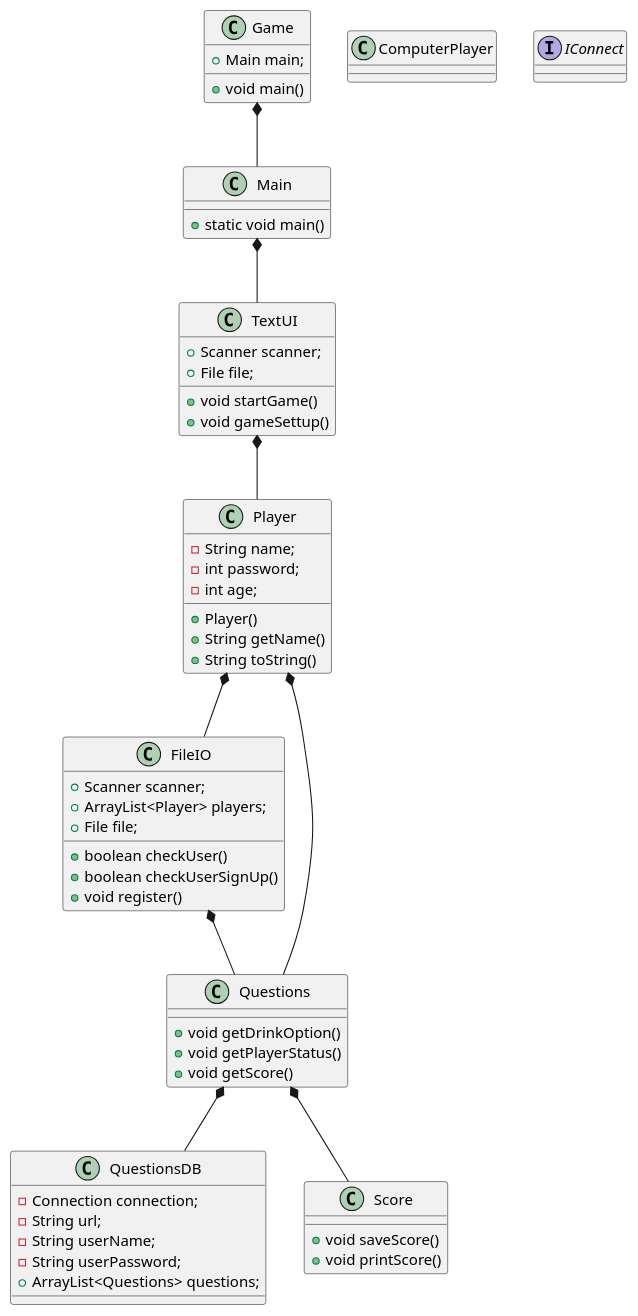
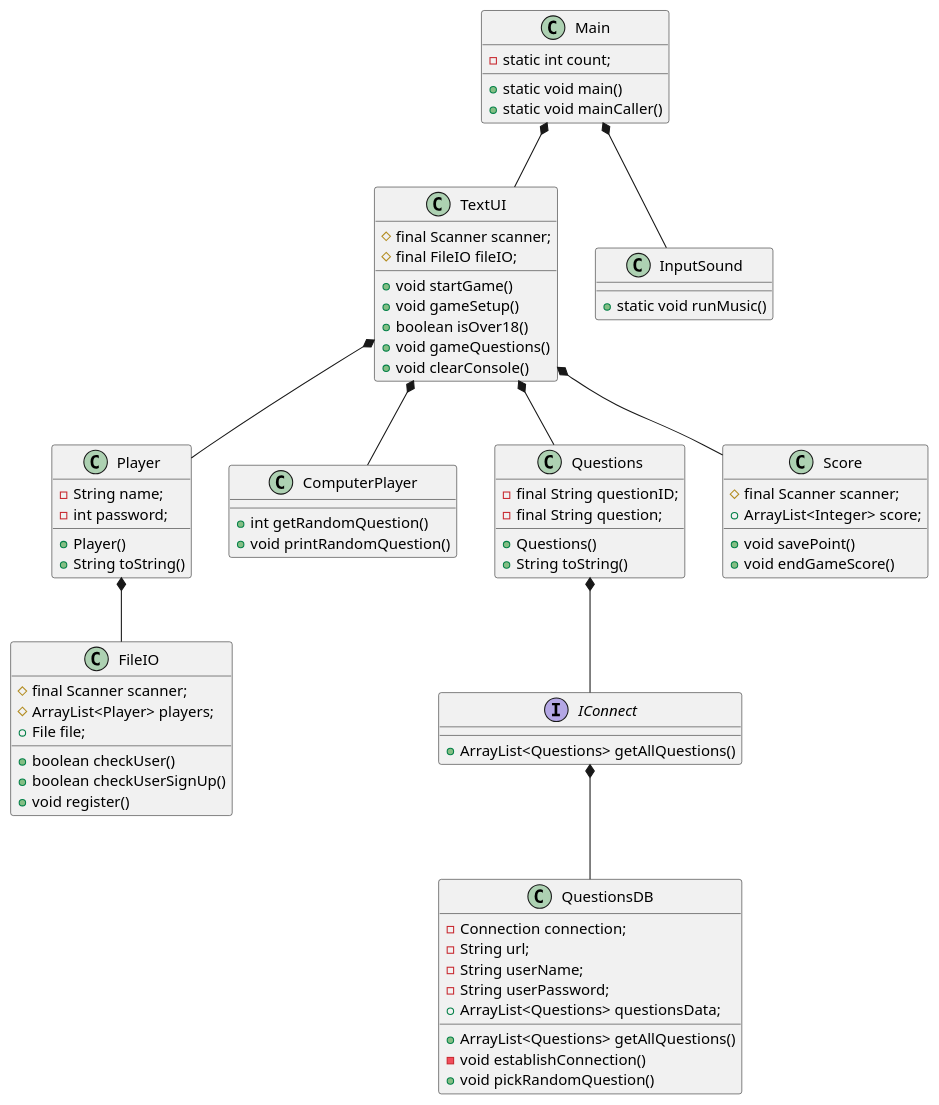
Before and after one commit to MajaLHJensen/DrukSpil: the diagram in PUML/GameUpdate.puml, drawn with PlantUML. The commit also changed 4 other files, not shown here.

```diff
--- a/PUML/GameUpdate.puml
+++ b/PUML/GameUpdate.puml
@@ -1,60 +1,74 @@
 @startuml
 
-class Game
 class Main
 class FileIO
 class TextUI
 class Player
 class ComputerPlayer
 class Questions
 class QuestionsDB
 class Score
 interface IConnect
+class InputSound
 
-Game *-- Main
+Main *-- InputSound
 Main *-- TextUI
 TextUI *-- Player
-Player *-- Questions
-Questions *-- QuestionsDB
+TextUI *-- Questions
+Questions *-- IConnect
 Player *-- FileIO
-FileIO *-- Questions
-Questions *-- Score
-
-Game : + Main main;
-Game : + void main()
+TextUI *-- Score
+TextUI *-- ComputerPlayer
+IConnect *-- QuestionsDB
 
 Main : + static void main()
+Main : - static int count;
+Main : + static void mainCaller()
 
-TextUI : + Scanner scanner;
-TextUI : + File file;
+TextUI : # final Scanner scanner;
+TextUI : # final FileIO fileIO;
 TextUI : + void startGame()
-TextUI : + void gameSettup()
+TextUI : + void gameSetup()
+TextUI : + boolean isOver18()
+TextUI : + void gameQuestions()
+TextUI : + void clearConsole()
 
 QuestionsDB : - Connection connection;
 QuestionsDB : - String url;
 QuestionsDB : - String userName;
 QuestionsDB : - String userPassword;
-QuestionsDB : + ArrayList<Questions> questions;
+QuestionsDB : + ArrayList<Questions> questionsData;
+QuestionsDB : + ArrayList<Questions> getAllQuestions()
+QuestionsDB : - void establishConnection()
+QuestionsDB : + void pickRandomQuestion()
 
 Player : - String name;
 Player : - int password;
-Player : - int age;
 Player : + Player()
-Player : + String getName()
 Player : + String toString()
 
-FileIO : + Scanner scanner;
-FileIO : + ArrayList<Player> players;
+FileIO : # final Scanner scanner;
+FileIO : # ArrayList<Player> players;
 FileIO : + File file;
 FileIO : + boolean checkUser()
 FileIO : + boolean checkUserSignUp()
 FileIO : + void register()
 
-Questions : + void getDrinkOption()
-Questions : + void getPlayerStatus()
-Questions : + void getScore()
+Questions : - final String questionID;
+Questions : - final String question;
+Questions : + Questions()
+Questions : + String toString()
 
-Score : + void saveScore()
-Score : + void printScore()
+Score : # final Scanner scanner;
+Score : + ArrayList<Integer> score;
+Score : + void savePoint()
+Score : + void endGameScore()
+
+ComputerPlayer : + int getRandomQuestion()
+ComputerPlayer : + void printRandomQuestion()
+
+IConnect : + ArrayList<Questions> getAllQuestions()
+
+InputSound : + static void runMusic()
 
 @enduml
```
